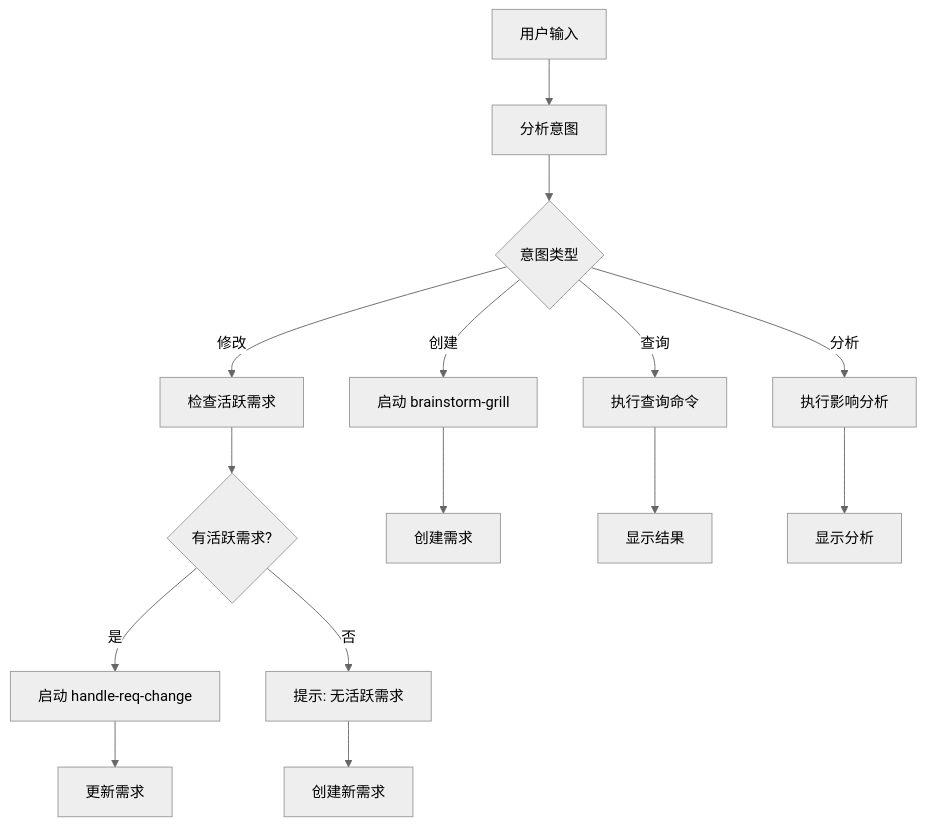
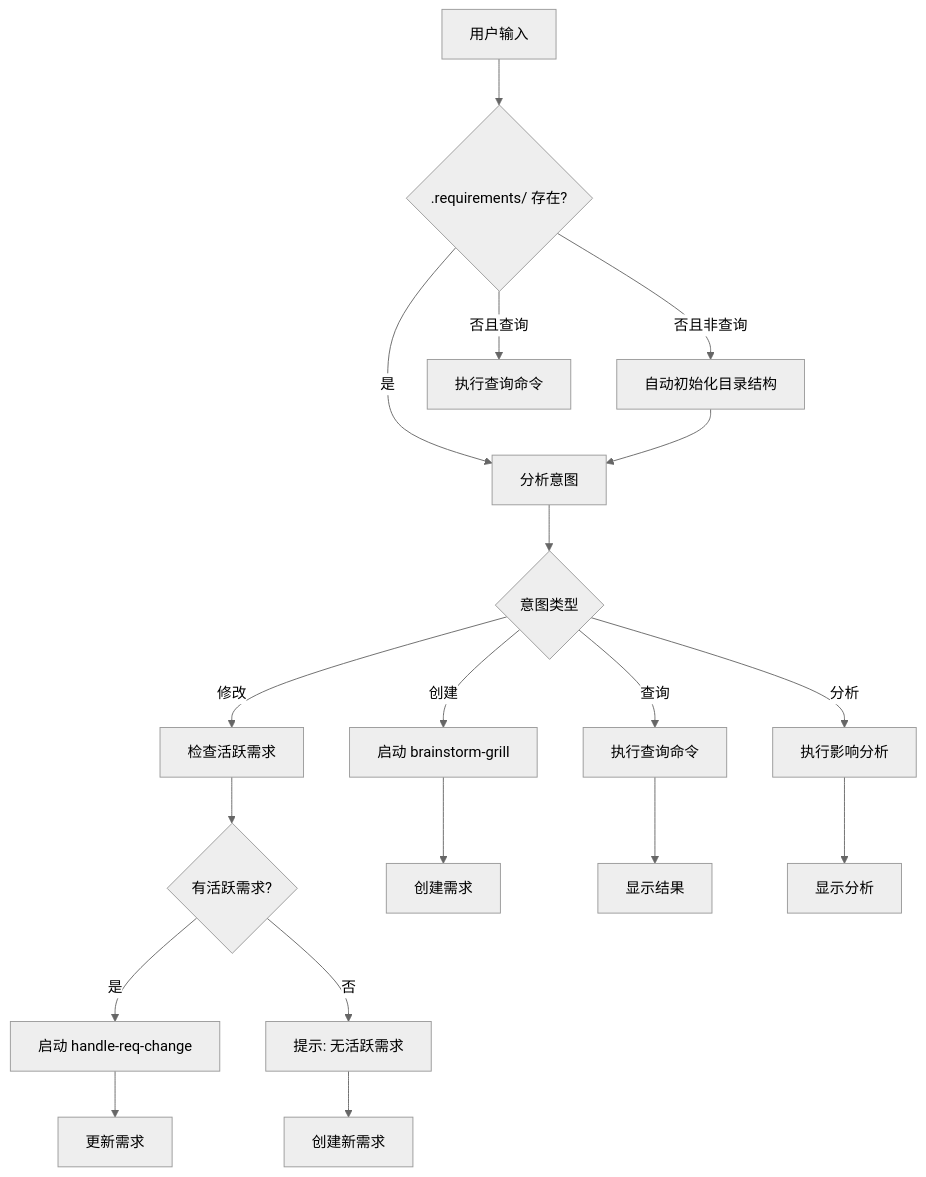
Before and after one commit to zxc1213/crs-plugin: the diagram in skills/core/req-manager/SKILL.md, drawn with Mermaid (neutral theme). The commit also changed 1 other file, not shown here.

Commit message:
feat(req): auto-init .requirements directory on first use
Detect missing .requirements/ directory before creating requirements
and automatically initialize the directory structure. Query commands
(--list, --active, --dashboard, --help) skip initialization.

````diff
--- a/skills/core/req-manager/SKILL.md
+++ b/skills/core/req-manager/SKILL.md
@@ -66,17 +66,21 @@
 ```mermaid
 graph TD
-    A[用户输入] --> B[分析意图]
-    B --> C{意图类型}
-    C -->|创建| D[启动 brainstorm-grill]
-    C -->|修改| E[检查活跃需求]
-    E --> F{有活跃需求?}
-    F -->|是| G[启动 handle-req-change]
-    F -->|否| H[提示: 无活跃需求]
-    C -->|查询| I[执行查询命令]
-    C -->|分析| J[执行影响分析]
-    D --> K[创建需求]
-    G --> L[更新需求]
-    H --> M[创建新需求]
-    I --> N[显示结果]
-    J --> O[显示分析]
+    A[用户输入] --> B{.requirements/ 存在?}
+    B -->|否且非查询| C[自动初始化目录结构]
+    B -->|是| D[分析意图]
+    C --> D
+    B -->|否且查询| E[执行查询命令]
+    D --> F{意图类型}
+    F -->|创建| G[启动 brainstorm-grill]
+    F -->|修改| H[检查活跃需求]
+    H --> I{有活跃需求?}
+    I -->|是| J[启动 handle-req-change]
+    I -->|否| K[提示: 无活跃需求]
+    F -->|查询| L[执行查询命令]
+    F -->|分析| M[执行影响分析]
+    G --> N[创建需求]
+    J --> O[更新需求]
+    K --> P[创建新需求]
+    L --> Q[显示结果]
+    M --> R[显示分析]
 ```
````
